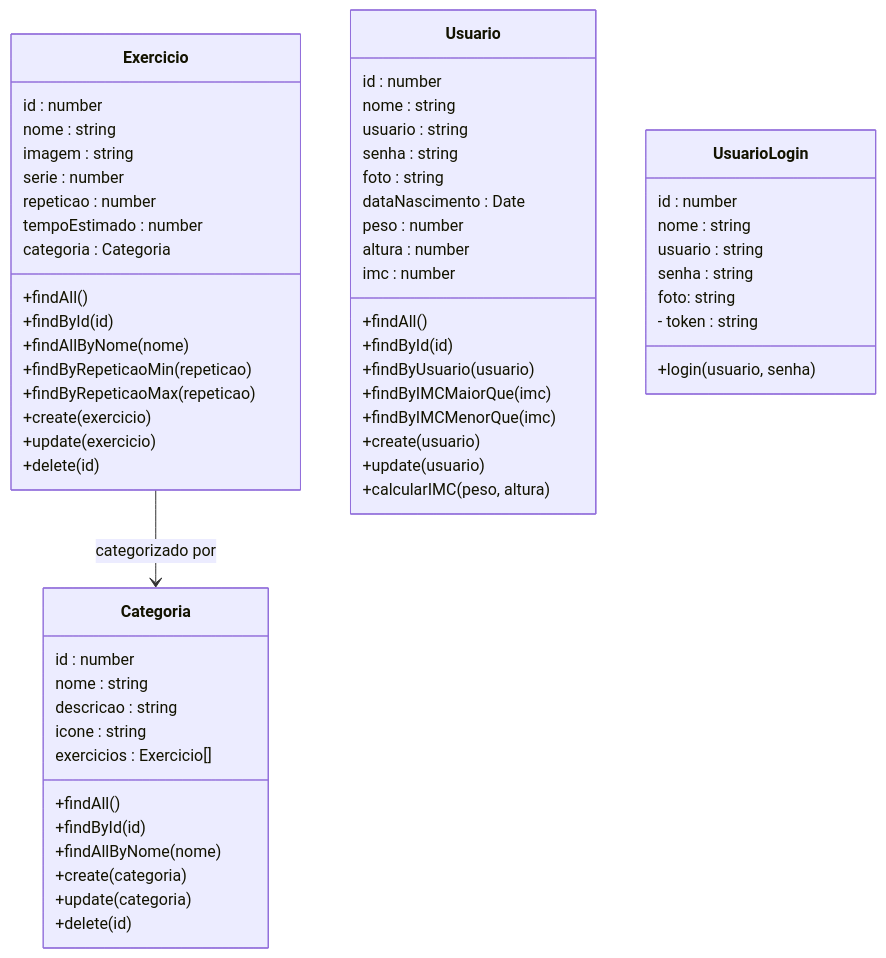
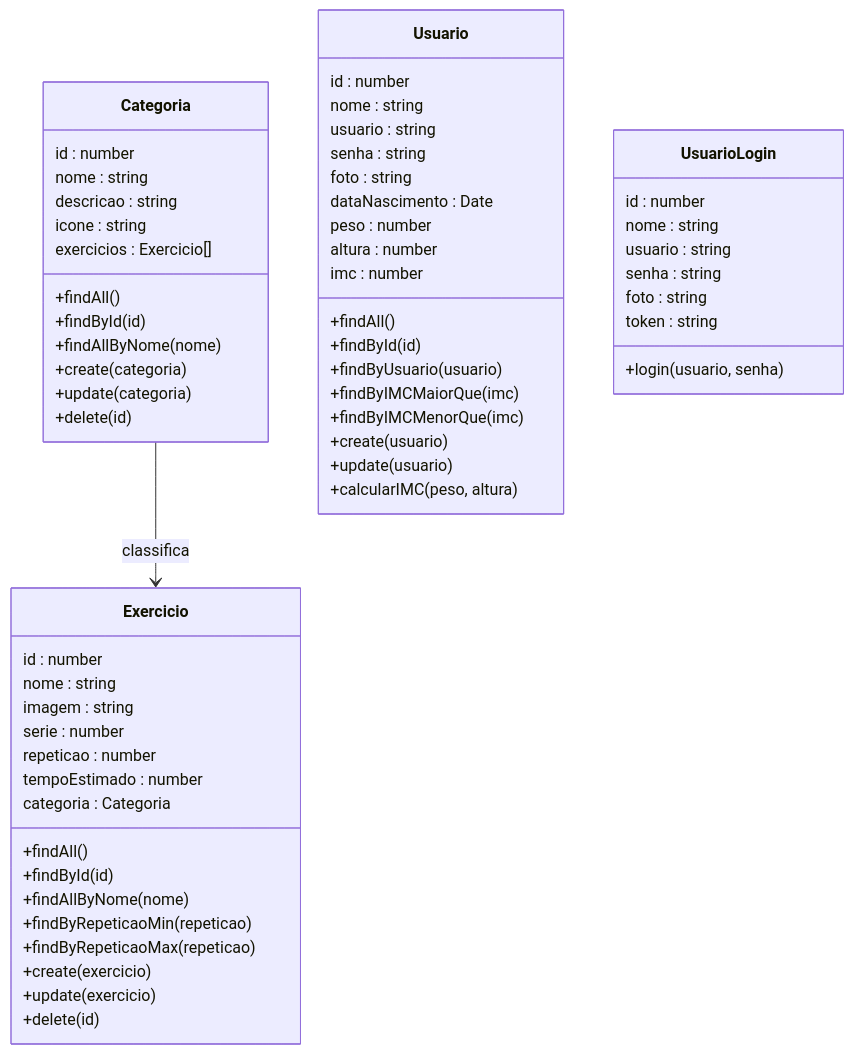
Before and after one commit to Bfr-Jhon/Solara-Backend: the first of 2 diagrams in README.md, drawn with Mermaid. The commit also changed other lines of this file, not shown here.

````diff
--- a/README.md
+++ b/README.md
@@ -55,67 +77,67 @@
 ```mermaid
 classDiagram
 
 class Categoria {
-id : number
-nome : string
-descricao : string
-icone : string
-exercicios : Exercicio[]
-+findAll()
-+findById(id)
-+findAllByNome(nome)
-+create(categoria)
-+update(categoria)
-+delete(id)
+  id : number
+  nome : string
+  descricao : string
+  icone : string
+  exercicios : Exercicio[]
+  +findAll()
+  +findById(id)
+  +findAllByNome(nome)
+  +create(categoria)
+  +update(categoria)
+  +delete(id)
 }
 
 class Exercicio {
-id : number
-nome : string
-imagem : string
-serie : number
-repeticao : number
-tempoEstimado : number
-categoria : Categoria
-+findAll()
-+findById(id)
-+findAllByNome(nome)
-+findByRepeticaoMin(repeticao)
-+findByRepeticaoMax(repeticao)
-+create(exercicio)
-+update(exercicio)
-+delete(id)
+  id : number
+  nome : string
+  imagem : string
+  serie : number
+  repeticao : number
+  tempoEstimado : number
+  categoria : Categoria
+  +findAll()
+  +findById(id)
+  +findAllByNome(nome)
+  +findByRepeticaoMin(repeticao)
+  +findByRepeticaoMax(repeticao)
+  +create(exercicio)
+  +update(exercicio)
+  +delete(id)
 }
 
 class Usuario {
-id : number
-nome : string
-usuario : string
-senha : string
-foto : string
-dataNascimento : Date
-peso : number
-altura : number
-imc : number
-+findAll()
-+findById(id)
-+findByUsuario(usuario)
-+findByIMCMaiorQue(imc)
-+findByIMCMenorQue(imc)
-+create(usuario)
-+update(usuario)
-+calcularIMC(peso, altura)
+  id : number
+  nome : string
+  usuario : string
+  senha : string
+  foto : string
+  dataNascimento : Date
+  peso : number
+  altura : number
+  imc : number
+  +findAll()
+  +findById(id)
+  +findByUsuario(usuario)
+  +findByIMCMaiorQue(imc)
+  +findByIMCMenorQue(imc)
+  +create(usuario)
+  +update(usuario)
+  +calcularIMC(peso, altura)
 }
 
-class UsuarioLogin{
-id : number
-nome : string
-usuario : string
-senha : string
-foto: string
-- token : string
-+login(usuario, senha)
+class UsuarioLogin {
+  id : number
+  nome : string
+  usuario : string
+  senha : string
+  foto : string
+  token : string
+  +login(usuario, senha)
 }
 
-Exercicio --> Categoria : categorizado por
+Categoria --> Exercicio : classifica
 ```
````
